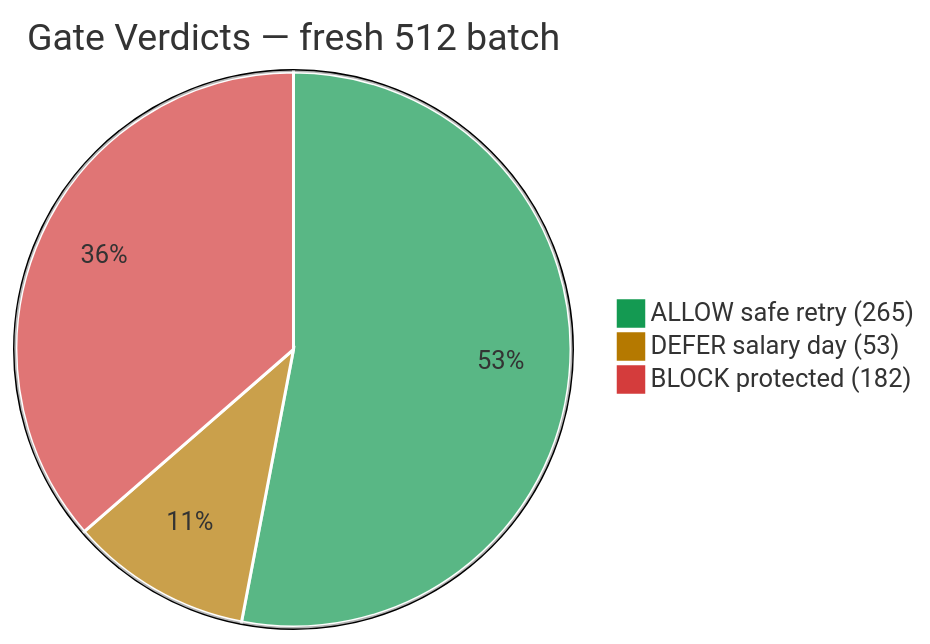
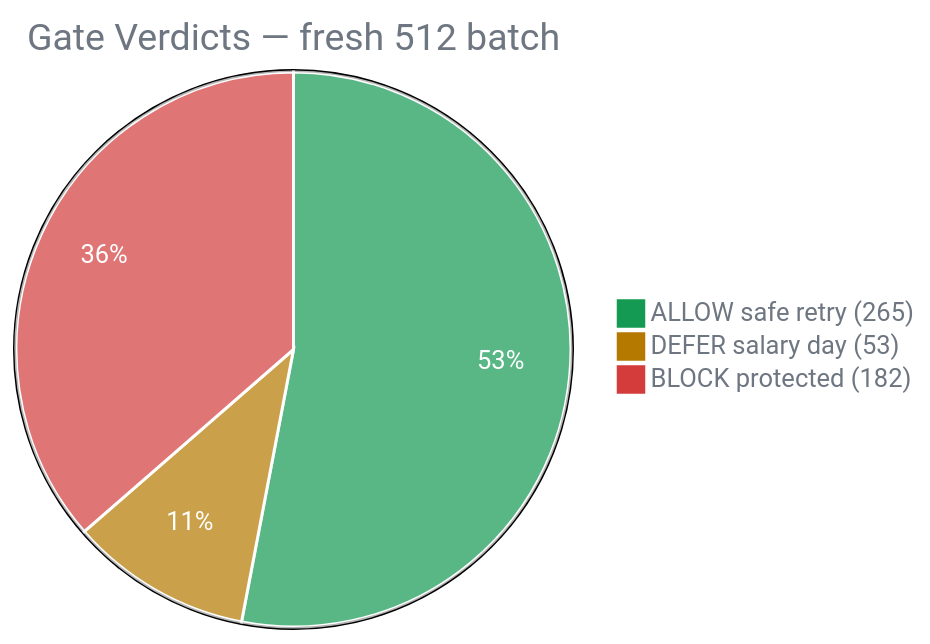
One commit to ShivamSharko/revive-ai changed the second of 2 diagrams in README.md. Above: the diagram before and after it, drawn with Mermaid.

Commit message:
docs: pie chart text visible in dark + light mode

````diff
--- a/README.md
+++ b/README.md
@@ -150,7 +150,7 @@
 ```mermaid
-%%{init: {'theme':'base', 'themeVariables': {'pie1':'#149a52','pie2':'#b57900','pie3':'#d43c3c','pieStrokeColor':'#ffffff'}}}%%
+%%{init: {'theme':'base', 'themeVariables': {'pie1':'#149a52','pie2':'#b57900','pie3':'#d43c3c','pieStrokeColor':'#ffffff','pieTitleTextColor':'#6e7681','pieSectionTextColor':'#ffffff','pieLegendTextColor':'#6e7681','textColor':'#6e7681','primaryTextColor':'#6e7681'}}}%%
 pie title Gate Verdicts — fresh 512 batch
     "ALLOW safe retry (265)" : 265
     "DEFER salary day (53)" : 53
     "BLOCK protected (182)" : 182
 ```
````
